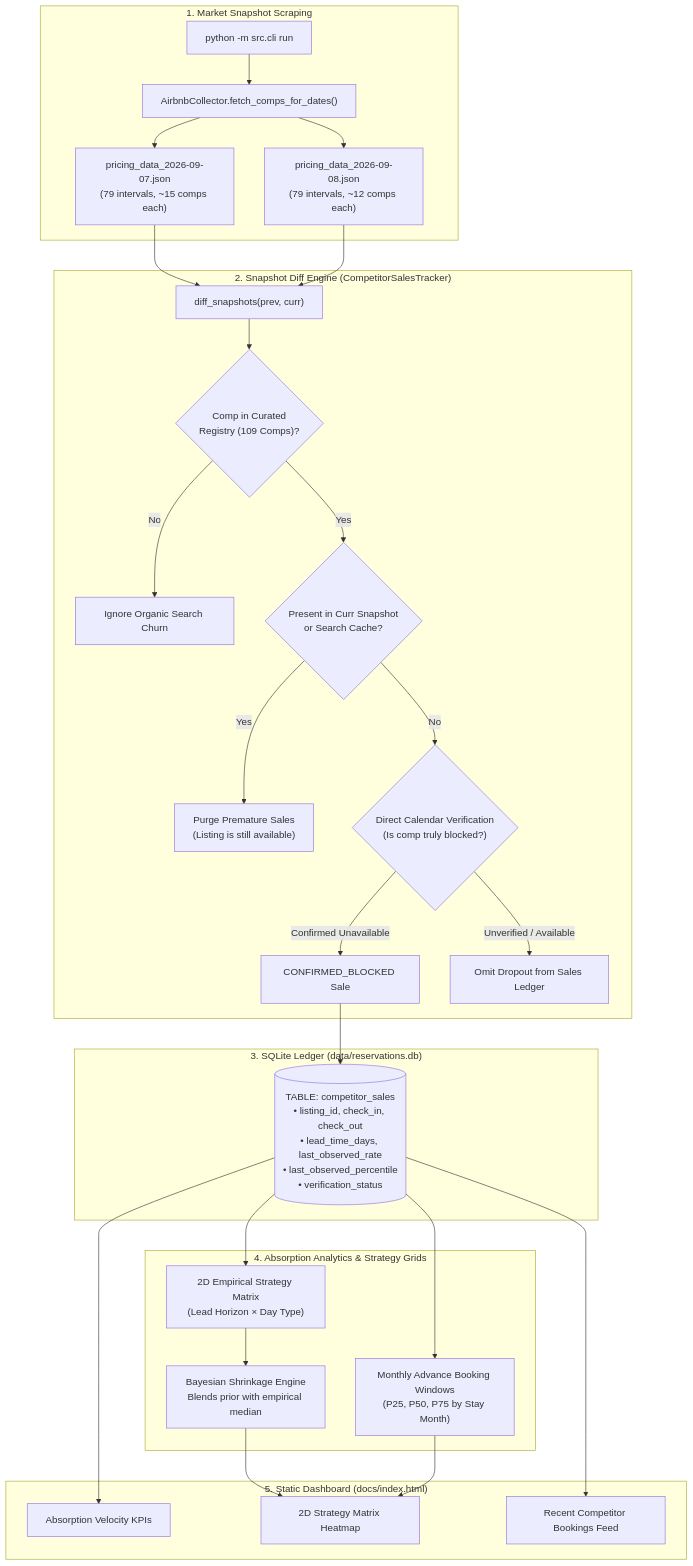
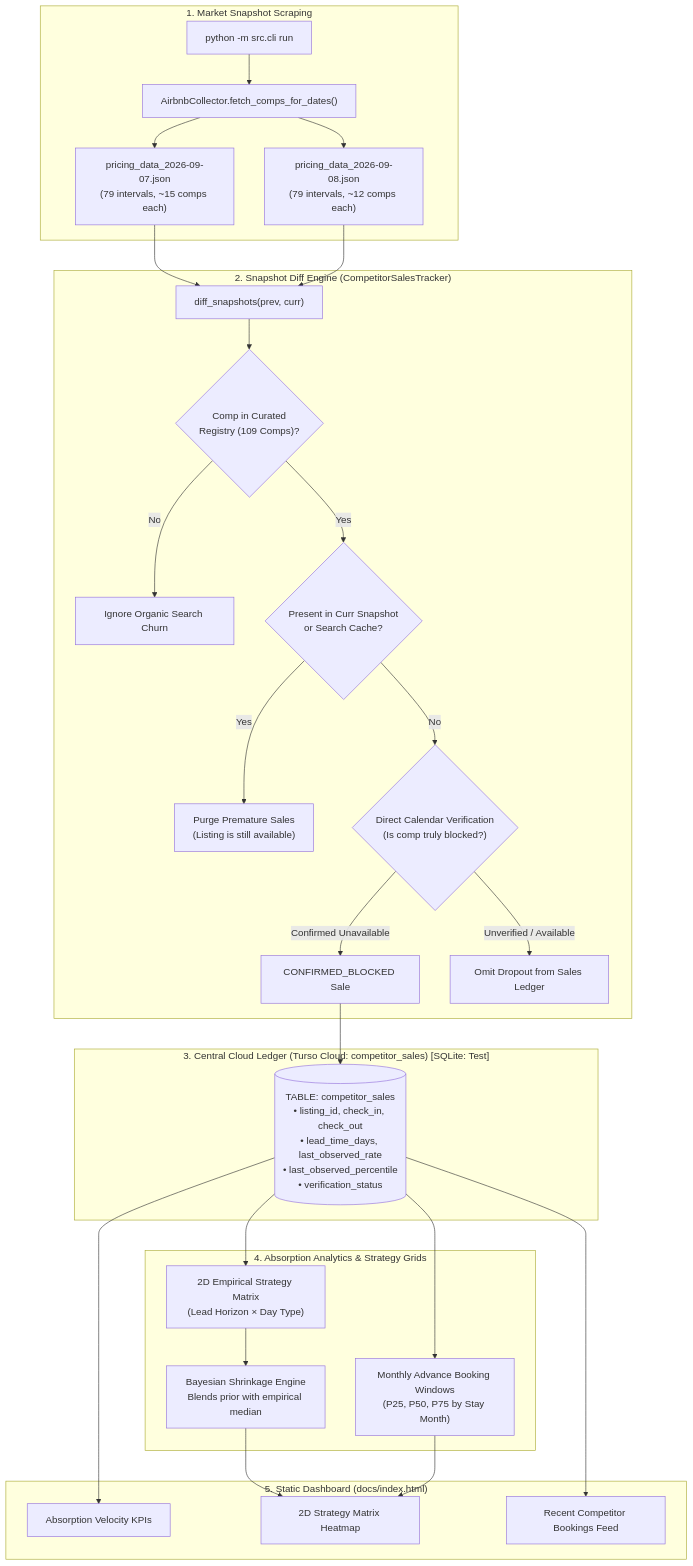
One commit to ivanpenkov/str-price-advisor changed the diagram in docs/COMPETITOR_SALES_FEATURE_EXPLAINER.md. Above: the diagram before and after it, drawn with Mermaid. The commit also changed other lines of this file and 27 other files, not shown here.

Commit message:
Migrate storage to Turso Cloud (LibSQL) and implement Operational Role Separation

````diff
--- a/docs/COMPETITOR_SALES_FEATURE_EXPLAINER.md
+++ b/docs/COMPETITOR_SALES_FEATURE_EXPLAINER.md
@@ -22,50 +22,50 @@
 ```mermaid
 flowchart TD
     subgraph Ingestion ["1. Market Snapshot Scraping"]
         CLI["python -m src.cli run"]
         Collector["AirbnbCollector.fetch_comps_for_dates()"]
         S1["pricing_data_2026-09-07.json<br/>(79 intervals, ~15 comps each)"]
         S2["pricing_data_2026-09-08.json<br/>(79 intervals, ~12 comps each)"]
         CLI --> Collector
         Collector --> S1
         Collector --> S2
     end
 
     subgraph Diff_Engine ["2. Snapshot Diff Engine (CompetitorSalesTracker)"]
         Diff["diff_snapshots(prev, curr)"]
         S1 --> Diff
         S2 --> Diff
         Filter{"Comp in Curated<br/>Registry (109 Comps)?"}
         Diff --> Filter
         Filter -- No --> Skip["Ignore Organic Search Churn"]
         Filter -- Yes --> Reconcile{"Present in Curr Snapshot<br/>or Search Cache?"}
         Reconcile -- Yes --> Purge["Purge Premature Sales<br/>(Listing is still available)"]
         Reconcile -- No --> Verify{"Direct Calendar Verification<br/>(Is comp truly blocked?)"}
         Verify -- Confirmed Unavailable --> Confirmed["CONFIRMED_BLOCKED Sale"]
         Verify -- Unverified / Available --> Omit["Omit Dropout from Sales Ledger"]
     end
 
-    subgraph Persistence ["3. SQLite Ledger (data/reservations.db)"]
+    subgraph Persistence ["3. Central Cloud Ledger (Turso Cloud: competitor_sales) [SQLite: Test]"]
         Table[("TABLE: competitor_sales<br/>• listing_id, check_in, check_out<br/>• lead_time_days, last_observed_rate<br/>• last_observed_percentile<br/>• verification_status")]
         Confirmed --> Table
     end
 
     subgraph Analytics ["4. Absorption Analytics & Strategy Grids"]
         Grid["2D Empirical Strategy Matrix<br/>(Lead Horizon × Day Type)"]
         Bayes["Bayesian Shrinkage Engine<br/>Blends prior with empirical median"]
         Windows["Monthly Advance Booking Windows<br/>(P25, P50, P75 by Stay Month)"]
         Table --> Grid
         Table --> Windows
         Grid --> Bayes
     end
 
     subgraph Presentation ["5. Static Dashboard (docs/index.html)"]
         KPIs["Absorption Velocity KPIs"]
         MatrixUI["2D Strategy Matrix Heatmap"]
         FeedUI["Recent Competitor Bookings Feed"]
         Bayes --> MatrixUI
         Windows --> MatrixUI
         Table --> FeedUI
         Table --> KPIs
     end
 ```
````
